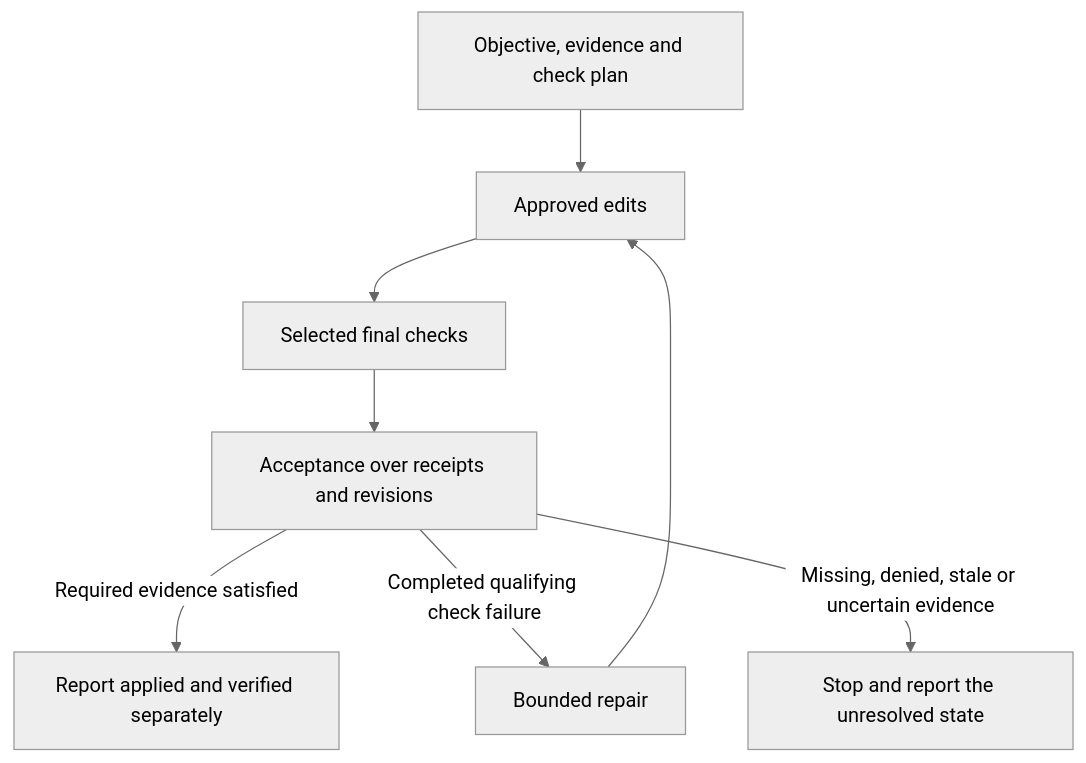
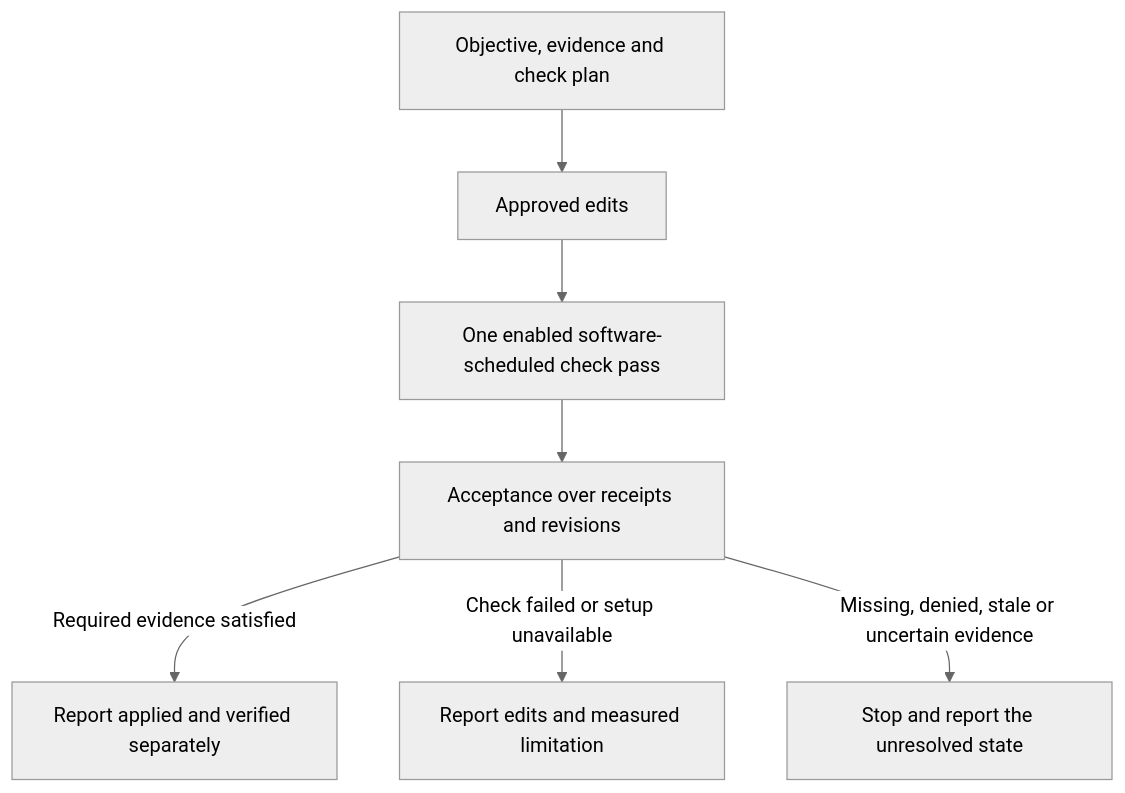
The second of 2 diagrams in whitepaper.md (nMaroulis/protoagent), drawn with Mermaid (neutral theme) before and after one commit. The commit also changed other lines of this file and 82 other files, not shown here.

````diff
--- a/whitepaper.md
+++ b/whitepaper.md
@@ -428,10 +430,9 @@
 ```mermaid
 flowchart TD
   P[Objective, evidence and check plan] --> C[Approved edits]
-  C --> V[Selected final checks]
+  C --> V[One enabled software-scheduled check pass]
   V --> G[Acceptance over receipts and revisions]
   G -->|Required evidence satisfied| R[Report applied and verified separately]
-  G -->|Completed qualifying check failure| F[Bounded repair]
-  F --> C
+  G -->|Check failed or setup unavailable| F[Report edits and measured limitation]
   G -->|Missing, denied, stale or uncertain evidence| S[Stop and report the unresolved state]
 ```
````
